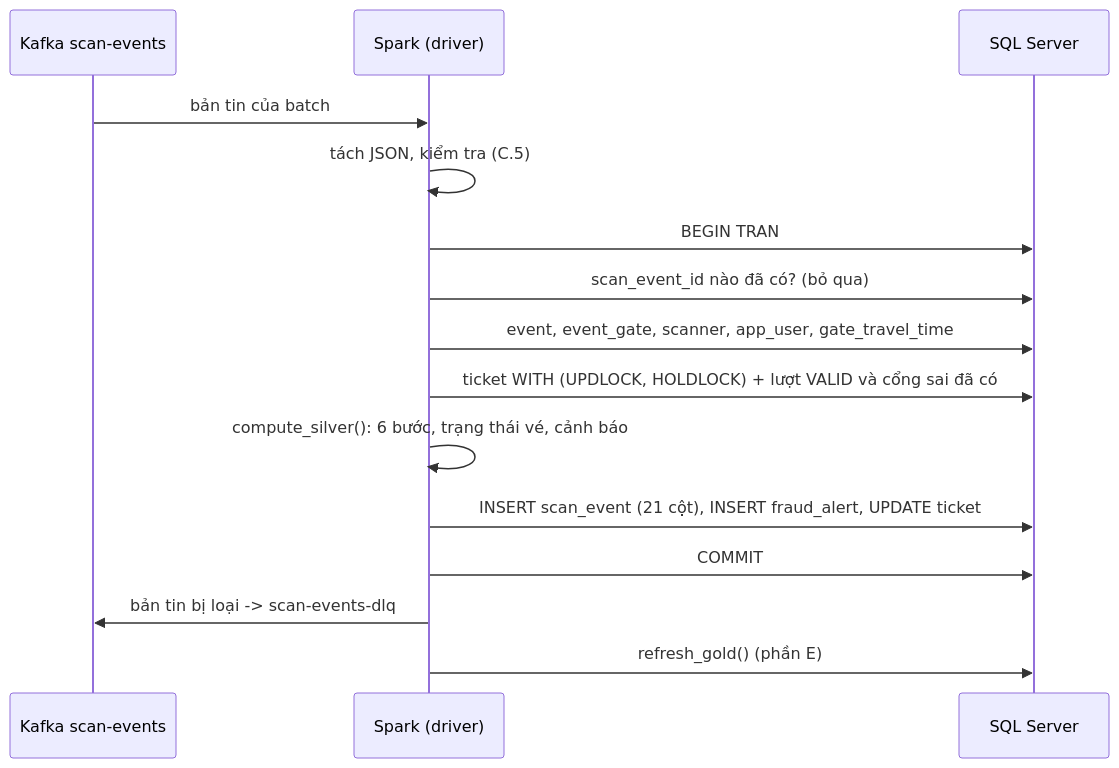
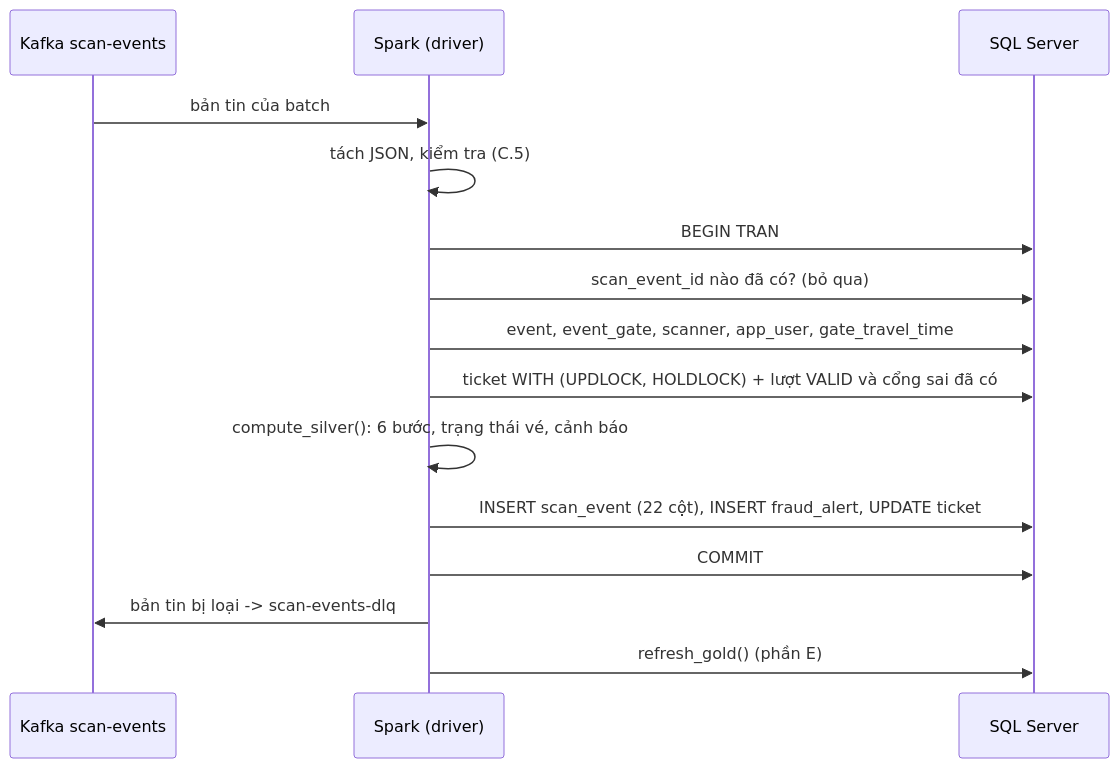
The diagram in Design/13_Bronze_Silver.md (nhantranduynhan11-del/Near-Real-Time-Event-Ticket-Validation-Fraud-Detection-System), drawn with Mermaid before and after one commit. The commit also changed other lines of this file and 14 other files, not shown here.

````diff
--- a/Design/13_Bronze_Silver.md
+++ b/Design/13_Bronze_Silver.md
@@ -142,17 +143,17 @@
 ```mermaid
 sequenceDiagram
     participant K as Kafka scan-events
     participant S as Spark (driver)
     participant DB as SQL Server
     K->>S: bản tin của batch
     S->>S: tách JSON, kiểm tra (C.5)
     S->>DB: BEGIN TRAN
     S->>DB: scan_event_id nào đã có? (bỏ qua)
     S->>DB: event, event_gate, scanner, app_user, gate_travel_time
     S->>DB: ticket WITH (UPDLOCK, HOLDLOCK) + lượt VALID và cổng sai đã có
     S->>S: compute_silver(): 6 bước, trạng thái vé, cảnh báo
-    S->>DB: INSERT scan_event (21 cột), INSERT fraud_alert, UPDATE ticket
+    S->>DB: INSERT scan_event (22 cột), INSERT fraud_alert, UPDATE ticket
     S->>DB: COMMIT
     S->>K: bản tin bị loại -> scan-events-dlq
     S->>DB: refresh_gold() (phần E)
 ```
````
